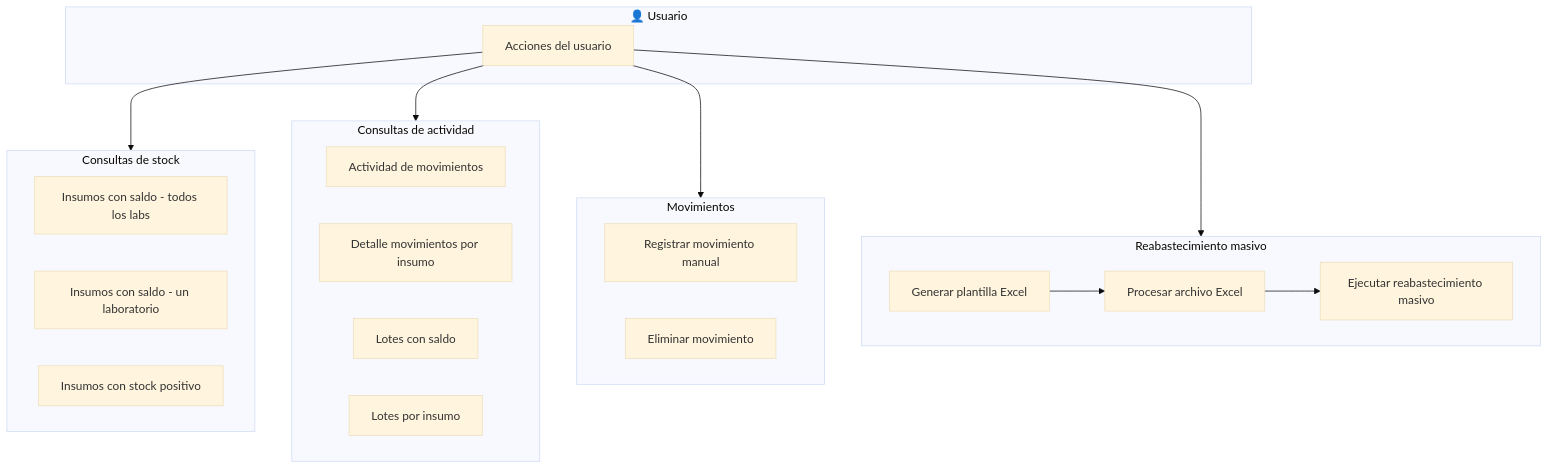
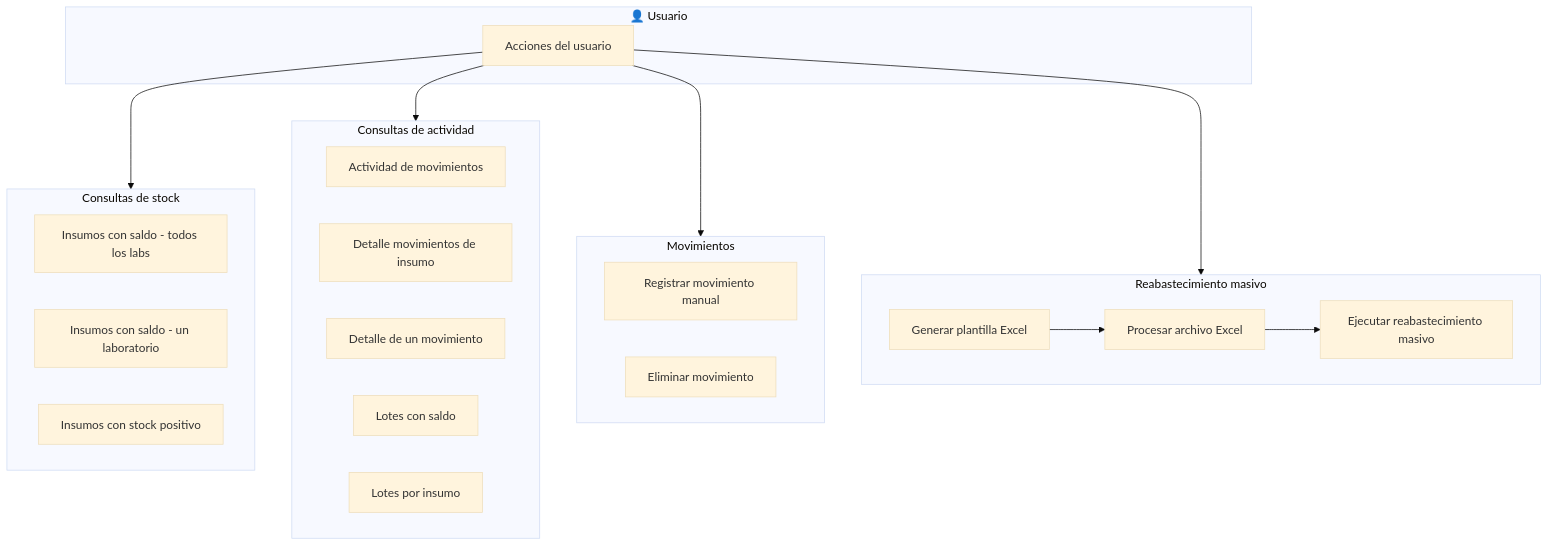
One commit to christianq-alva/laboratorios changed the diagram in documents/Inventario/FLUJO_INVENTARIO.md. Above: the diagram before and after it, drawn with Mermaid (base theme). The commit also changed other lines of this file and 12 other files, not shown here.

Commit message:
Feat(Inventario): Nueva funcionalidad detalle de movimiento (UI y backend)

````diff
--- a/documents/Inventario/FLUJO_INVENTARIO.md
+++ b/documents/Inventario/FLUJO_INVENTARIO.md
@@ -5,38 +5,39 @@
 ```mermaid
 flowchart TB
     subgraph Usuario["👤 Usuario"]
         U[Acciones del usuario]
     end
 
     subgraph ConsultasStock["Consultas de stock"]
         S1[Insumos con saldo - todos los labs]
         S2[Insumos con saldo - un laboratorio]
         S3[Insumos con stock positivo]
     end
 
     subgraph ConsultasActividad["Consultas de actividad"]
         A1[Actividad de movimientos]
-        A2[Detalle movimientos por insumo]
-        A3[Lotes con saldo]
-        A4[Lotes por insumo]
+        A2[Detalle movimientos de insumo]
+        A3[Detalle de un movimiento]
+        A4[Lotes con saldo]
+        A5[Lotes por insumo]
     end
 
     subgraph Movimientos["Movimientos"]
         M1[Registrar movimiento manual]
         M2[Eliminar movimiento]
     end
 
     subgraph Reabastecimiento["Reabastecimiento masivo"]
         R1[Generar plantilla Excel]
         R2[Procesar archivo Excel]
         R3[Ejecutar reabastecimiento masivo]
     end
 
     U --> ConsultasStock
     U --> ConsultasActividad
     U --> Movimientos
     U --> Reabastecimiento
 
     R1 --> R2
     R2 --> R3
 ```
````
